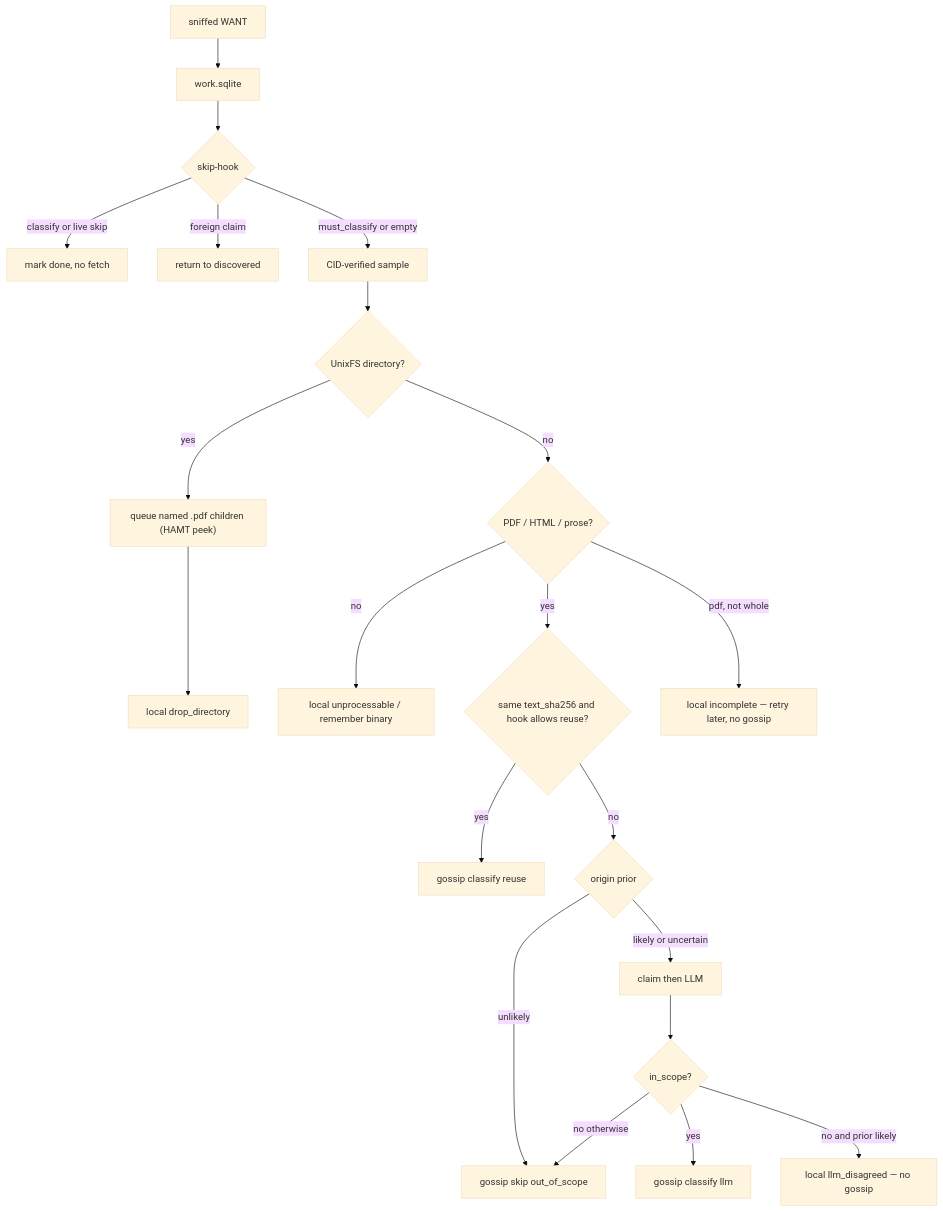
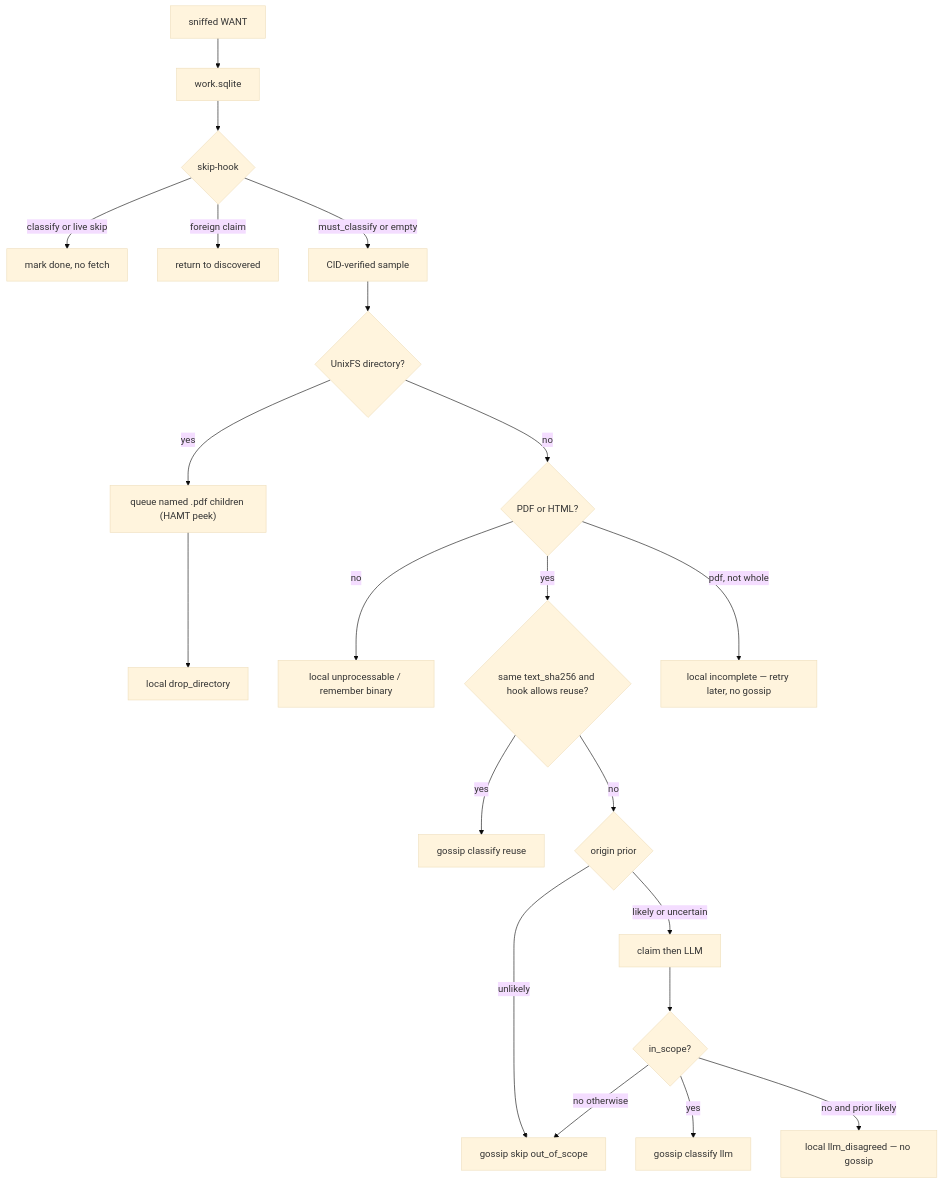
One commit to ihlec/IPFS-Observer-Club changed the third of 4 diagrams in docs/OVERVIEW.md. Above: the diagram before and after it, drawn with Mermaid (base theme). The commit also changed other lines of this file and 13 other files, not shown here.

Commit message:
Pruned data types to PDF and HTML only

````diff
--- a/docs/OVERVIEW.md
+++ b/docs/OVERVIEW.md
@@ -234,23 +238,23 @@
 ```mermaid
 flowchart TD
   want[sniffed WANT] --> q[work.sqlite]
   q --> hook{skip-hook}
   hook -->|classify or live skip| stop[mark done, no fetch]
   hook -->|foreign claim| wait[return to discovered]
   hook -->|must_classify or empty| fetch[CID-verified sample]
   fetch --> dir{UnixFS directory?}
   dir -->|yes| named["queue named .pdf children (HAMT peek)"]
   named --> gdir["local drop_directory"]
-  dir -->|no| mime{PDF / HTML / prose?}
+  dir -->|no| mime{PDF or HTML?}
   mime -->|no| loc["local unprocessable / remember binary"]
   mime -->|yes| fp{same text_sha256 and hook allows reuse?}
   mime -->|"pdf, not whole"| inc["local incomplete — retry later, no gossip"]
   fp -->|yes| reuse["gossip classify reuse"]
   fp -->|no| prior{origin prior}
   prior -->|unlikely| gscope["gossip skip out_of_scope"]
   prior -->|likely or uncertain| claim["claim then LLM"]
   claim --> inscope{in_scope?}
   inscope -->|yes| gclass["gossip classify llm"]
   inscope -->|no and prior likely| quiet["local llm_disagreed — no gossip"]
   inscope -->|no otherwise| gscope
 ```
````
